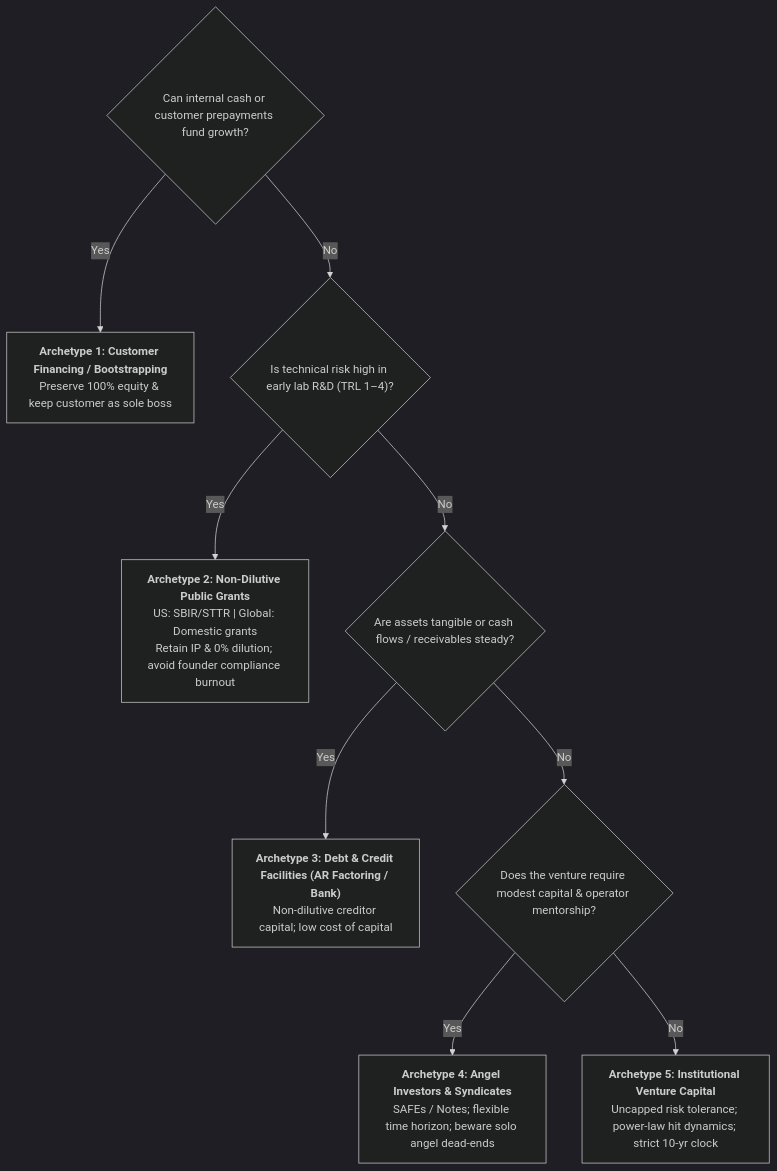
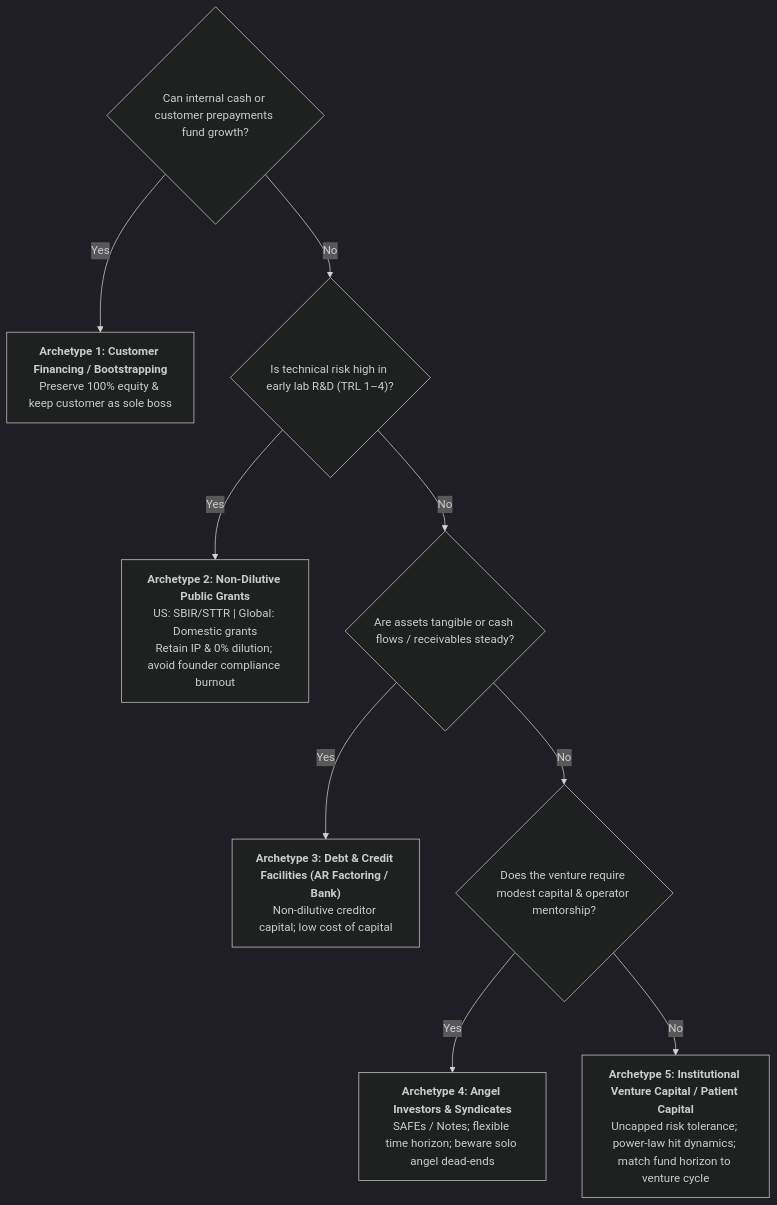
The third of 3 diagrams in vite-book/stages/stage-5-venture-derisking-and-capital.md (nghuyenthevinh2000/innovation-research), drawn with Mermaid (dark theme) before and after one commit. The commit also changed other lines of this file and 20 other files, not shown here.

````diff
--- a/vite-book/stages/stage-5-venture-derisking-and-capital.md
+++ b/vite-book/stages/stage-5-venture-derisking-and-capital.md
@@ -61,15 +80,15 @@
 ```mermaid
 flowchart TD
     Start{"Can internal cash or customer prepayments fund growth?"}
     Start -- Yes --> Boot["<b>Archetype 1: Customer Financing / Bootstrapping</b><br/>Preserve 100% equity & keep customer as sole boss"]
     Start -- No --> Q2{"Is technical risk high in early lab R&D (TRL 1–4)?"}
     
     Q2 -- Yes --> Grants["<b>Archetype 2: Non-Dilutive Public Grants</b><br/>US: SBIR/STTR | Global: Domestic grants<br/>Retain IP & 0% dilution; avoid founder compliance burnout"]
     Q2 -- No --> Q3{"Are assets tangible or cash flows / receivables steady?"}
     
     Q3 -- Yes --> Debt["<b>Archetype 3: Debt & Credit Facilities (AR Factoring / Bank)</b><br/>Non-dilutive creditor capital; low cost of capital"]
     Q3 -- No --> Q4{"Does the venture require modest capital & operator mentorship?"}
     
     Q4 -- Yes --> Angels["<b>Archetype 4: Angel Investors & Syndicates</b><br/>SAFEs / Notes; flexible time horizon; beware solo angel dead-ends"]
-    Q4 -- No --> Equity["<b>Archetype 5: Institutional Venture Capital</b><br/>Uncapped risk tolerance; power-law hit dynamics; strict 10-yr clock"]
+    Q4 -- No --> Equity["<b>Archetype 5: Institutional Venture Capital / Patient Capital</b><br/>Uncapped risk tolerance; power-law hit dynamics; match fund horizon to venture cycle"]
 ```
````
